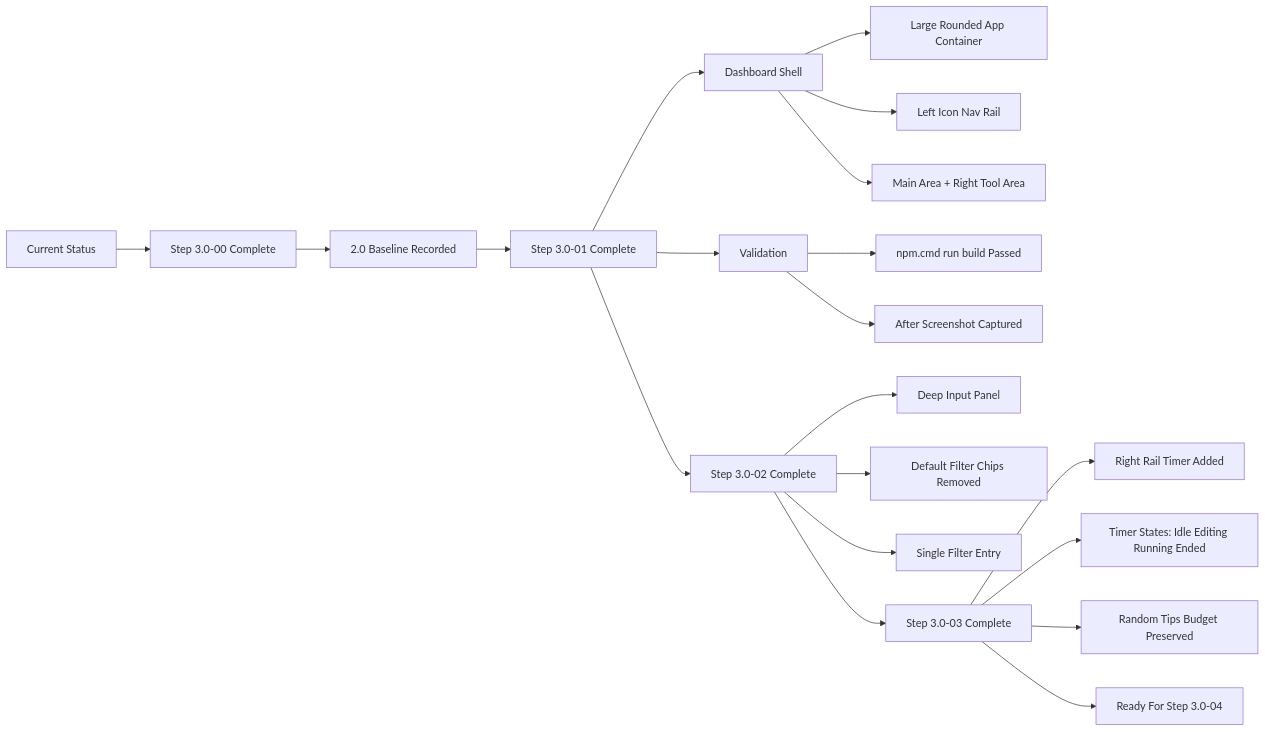
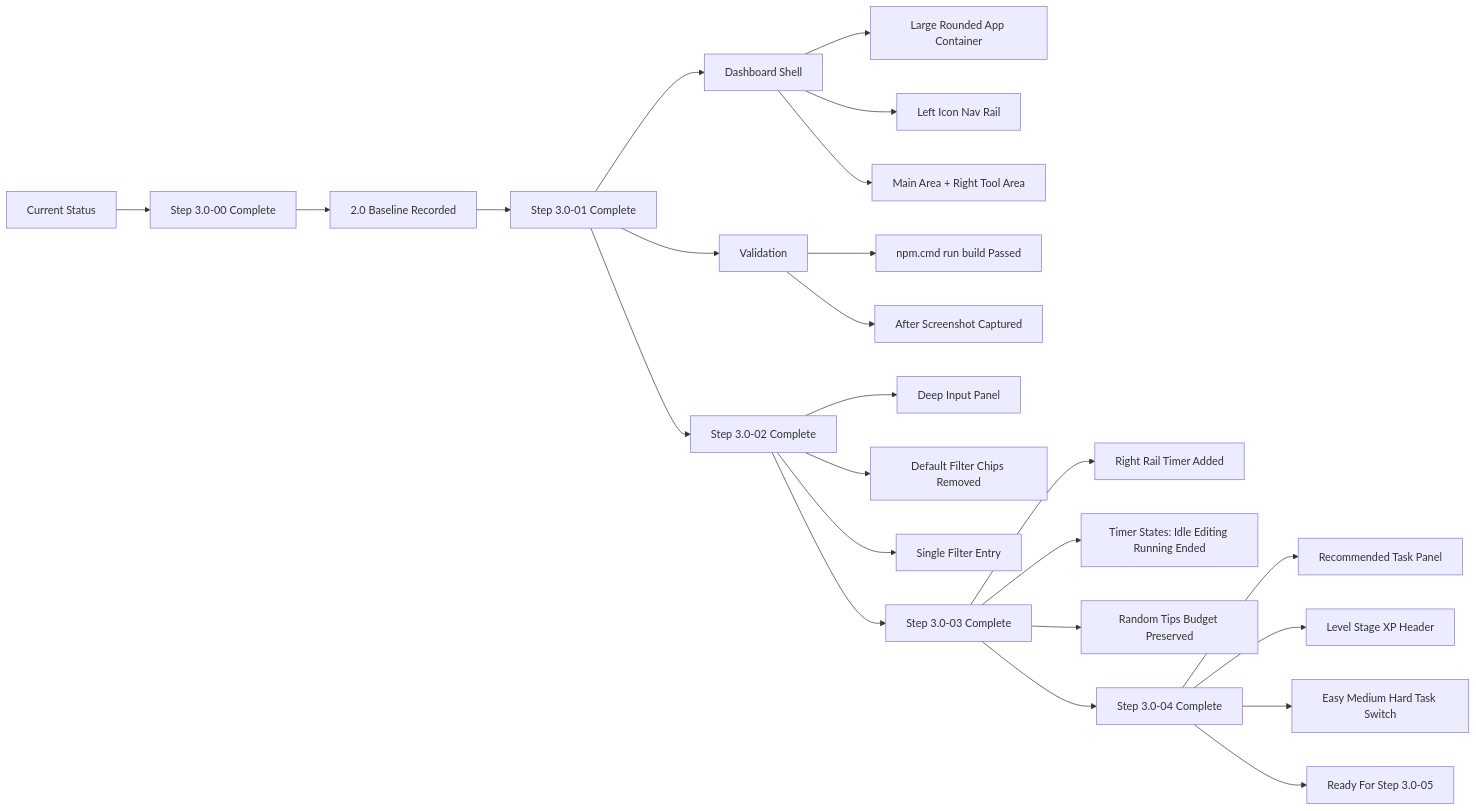
One commit to nouri247351793-dotcom/cooking-ai-planner changed the diagram in 2_coding_documentation/09_v3_upgrade/04_flowcharts_v3/current_status_v3.mmd. Above: the diagram before and after it, drawn with Mermaid. The commit also changed 10 other files, not shown here.

First line of the commit message:
[step-3.0-04][feat] add recommended task panel framework

```diff
--- a/2_coding_documentation/09_v3_upgrade/04_flowcharts_v3/current_status_v3.mmd
+++ b/2_coding_documentation/09_v3_upgrade/04_flowcharts_v3/current_status_v3.mmd
@@ -1,23 +1,27 @@
 flowchart LR
   A[Current Status] --> B[Step 3.0-00 Complete]
   B --> C[2.0 Baseline Recorded]
   C --> D[Step 3.0-01 Complete]
 
   D --> E[Dashboard Shell]
   E --> F[Large Rounded App Container]
   E --> G[Left Icon Nav Rail]
   E --> H[Main Area + Right Tool Area]
 
   D --> I[Validation]
   I --> J[npm.cmd run build Passed]
   I --> K[After Screenshot Captured]
 
   D --> L[Step 3.0-02 Complete]
   L --> M[Deep Input Panel]
   L --> N[Default Filter Chips Removed]
   L --> O[Single Filter Entry]
   L --> P[Step 3.0-03 Complete]
   P --> Q[Right Rail Timer Added]
   P --> R[Timer States: Idle Editing Running Ended]
   P --> S[Random Tips Budget Preserved]
-  P --> T[Ready For Step 3.0-04]
+  P --> T[Step 3.0-04 Complete]
+  T --> U[Recommended Task Panel]
+  T --> V[Level Stage XP Header]
+  T --> W[Easy Medium Hard Task Switch]
+  T --> X[Ready For Step 3.0-05]
```
